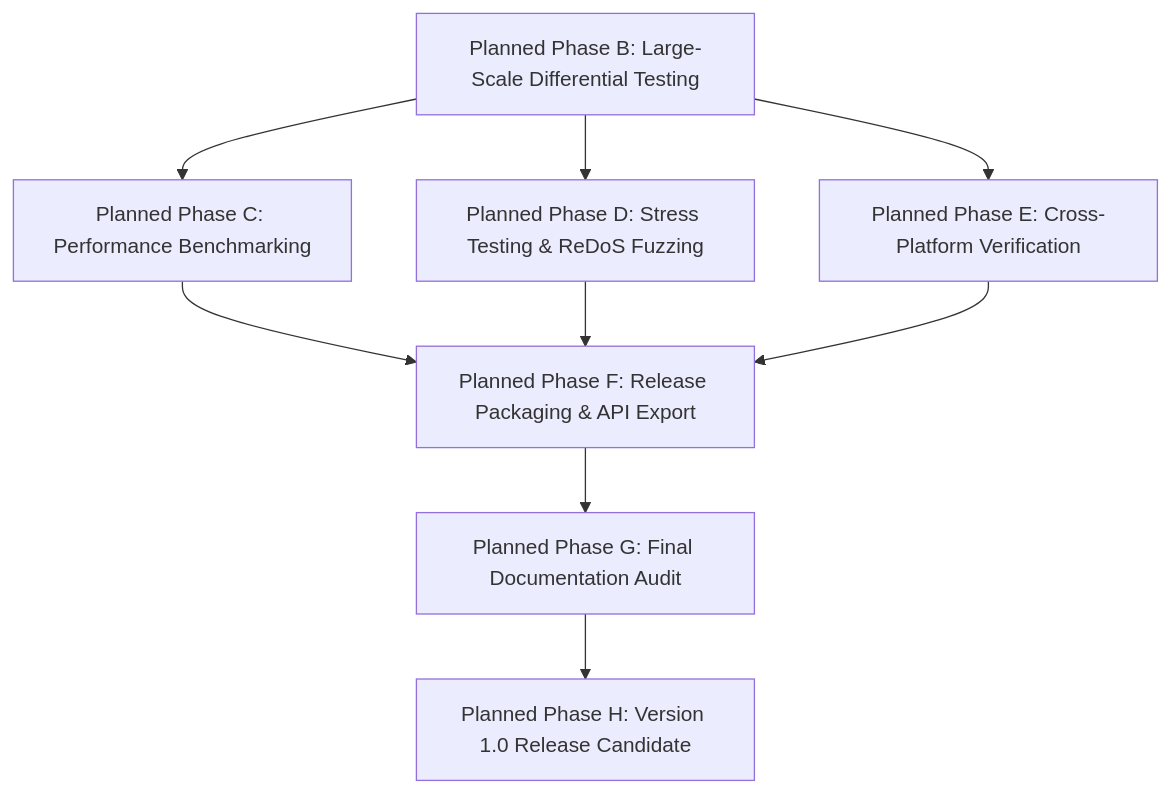
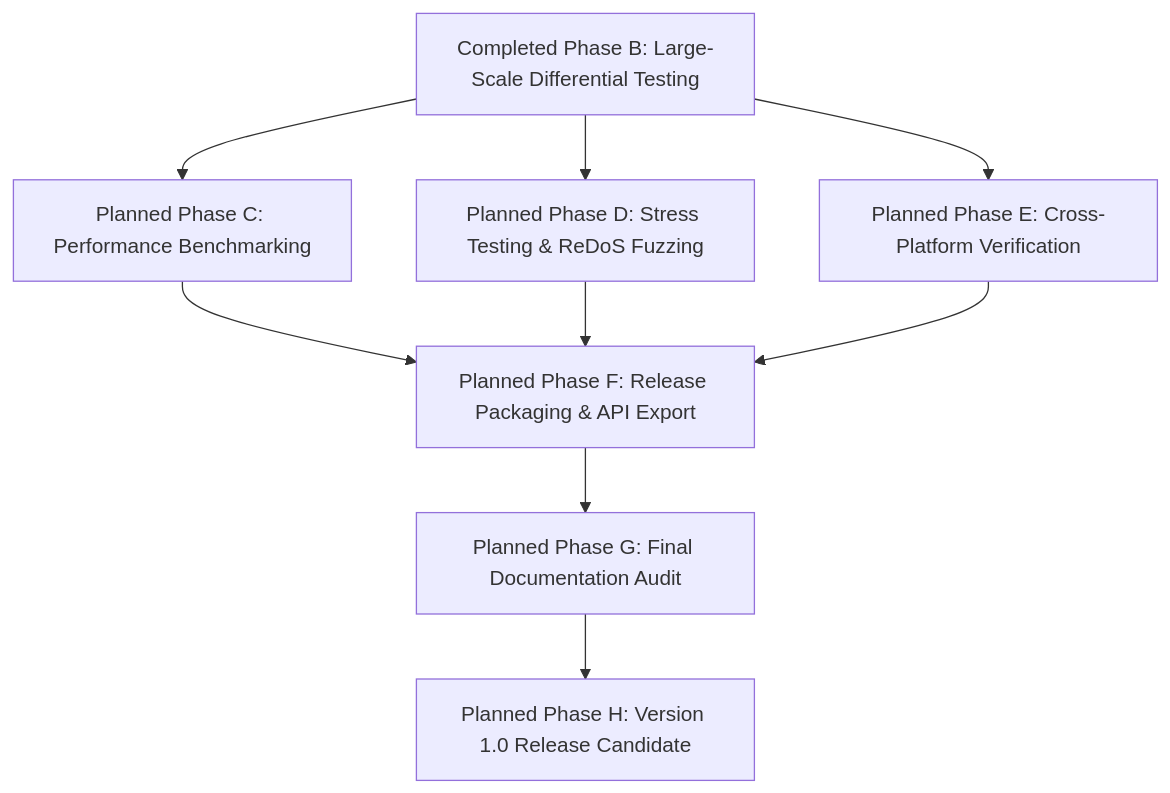
One commit to Sourav-Singhhh/PortMortem changed the diagram in RELEASE_PLAN.md. Above: the diagram before and after it, drawn with Mermaid. The commit also changed other lines of this file and 4 other files, not shown here.

````diff
--- a/RELEASE_PLAN.md
+++ b/RELEASE_PLAN.md
@@ -173,11 +177,11 @@
 ```mermaid
 graph TD
-    B["Planned Phase B: Large-Scale Differential Testing"] --> C["Planned Phase C: Performance Benchmarking"]
+    B["Completed Phase B: Large-Scale Differential Testing"] --> C["Planned Phase C: Performance Benchmarking"]
     B --> D["Planned Phase D: Stress Testing & ReDoS Fuzzing"]
     B --> E["Planned Phase E: Cross-Platform Verification"]
     C --> F["Planned Phase F: Release Packaging & API Export"]
     D --> F
     E --> F
     F --> G["Planned Phase G: Final Documentation Audit"]
     G --> H["Planned Phase H: Version 1.0 Release Candidate"]
 ```
````
